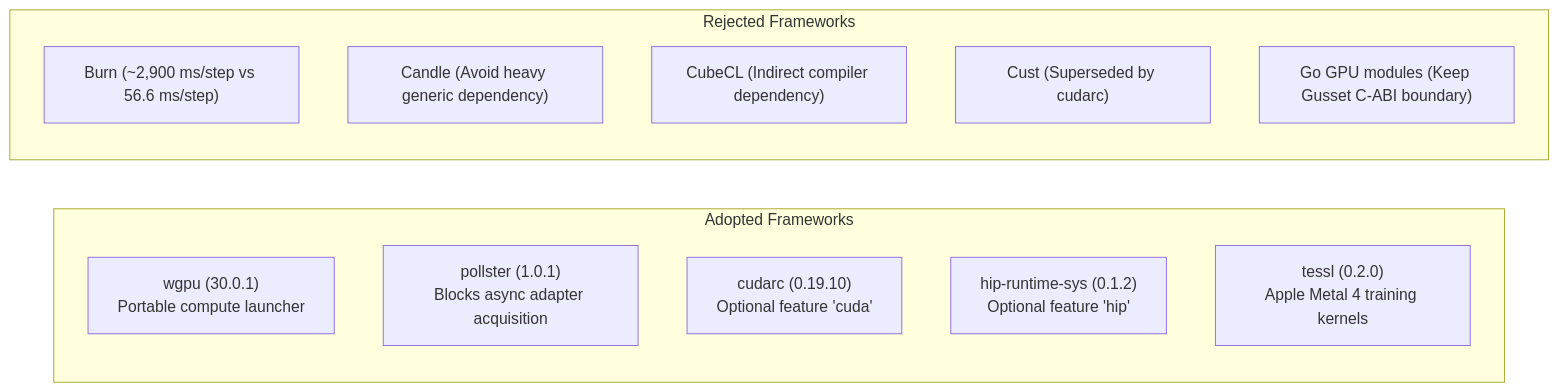
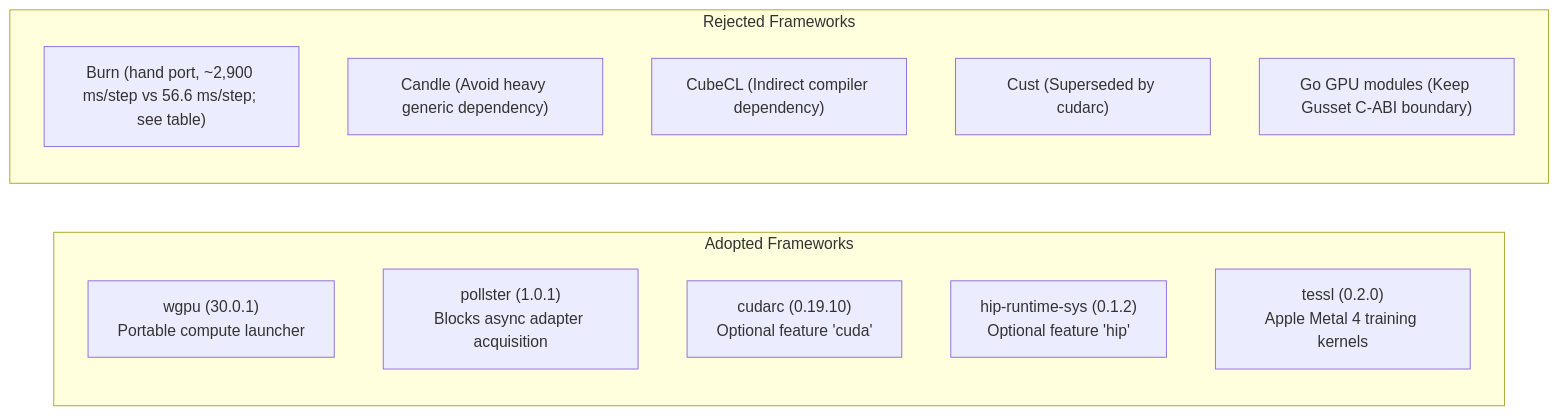
Before and after one commit to bharathvbcr/ojas: the third of 3 diagrams in docs/backends.md, drawn with Mermaid. The commit also changed other lines of this file and 28 other files, not shown here.

````diff
--- a/docs/backends.md
+++ b/docs/backends.md
@@ -86,18 +86,18 @@
 ```mermaid
 flowchart LR
     subgraph Adopted["Adopted Frameworks"]
         WGPU["wgpu (30.0.1)\nPortable compute launcher"]
         Pollster["pollster (1.0.1)\nBlocks async adapter acquisition"]
         Cudarc["cudarc (0.19.10)\nOptional feature 'cuda'"]
         HipSys["hip-runtime-sys (0.1.2)\nOptional feature 'hip'"]
         Tessl["tessl (0.2.0)\nApple Metal 4 training kernels"]
     end
 
     subgraph Rejected["Rejected Frameworks"]
-        Burn["Burn (~2,900 ms/step vs 56.6 ms/step)"]
+        Burn["Burn (hand port, ~2,900 ms/step vs 56.6 ms/step; see table)"]
         Candle["Candle (Avoid heavy generic dependency)"]
         Cubecl["CubeCL (Indirect compiler dependency)"]
         Cust["Cust (Superseded by cudarc)"]
         Gorgonia["Go GPU modules (Keep Gusset C-ABI boundary)"]
     end
 ```
````
